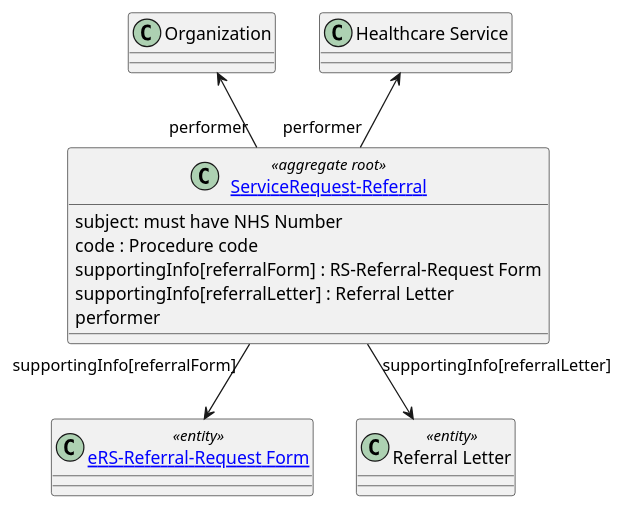
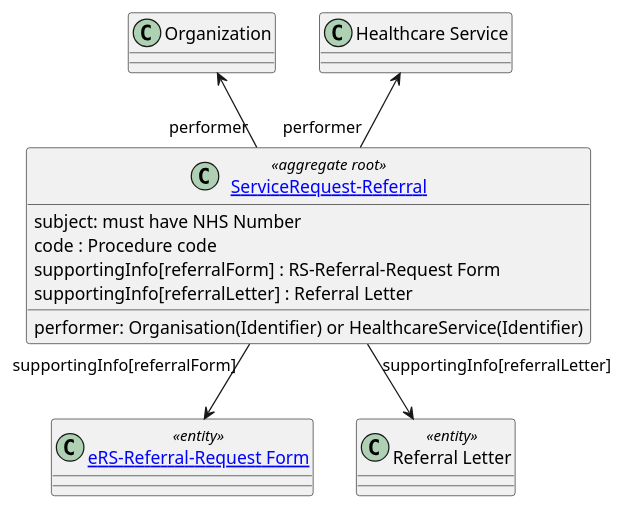
One commit to KevinMayfield/VirtuallyHealthcare changed the diagram in input/images-source/referral-model.plantuml. Above: the diagram before and after it, drawn with PlantUML.

Commit message:
Refactor of ers questionnaire

```diff
--- a/input/images-source/referral-model.plantuml
+++ b/input/images-source/referral-model.plantuml
@@ -1,28 +1,28 @@
 @startuml
 
 
 class "[[StructureDefinition-ServiceRequest-Referral.html ServiceRequest-Referral]]" as ServiceRequest <<aggregate root>> {
 subject: must have NHS Number
 code : Procedure code
 supportingInfo[referralForm] : RS-Referral-Request Form
 supportingInfo[referralLetter] : Referral Letter
-performer
+performer: Organisation(Identifier) or HealthcareService(Identifier)
 }
 
 class "[[Questionnaire-eRS-Referral-Request.html eRS-Referral-Request Form]]" as form <<entity>> {
 }
 
 class "Referral Letter" as Composition <<entity>> {
 }
 
 class "Healthcare Service" as service
 
 class Organization {
 }
 
 ServiceRequest "supportingInfo[referralForm]" --> form
 ServiceRequest "supportingInfo[referralLetter]" --> Composition
 ServiceRequest "performer" -u-> service
 ServiceRequest "performer" -u-> Organization
 
 @enduml
```
